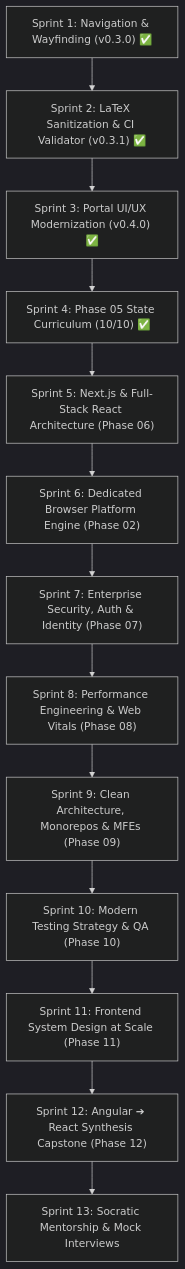
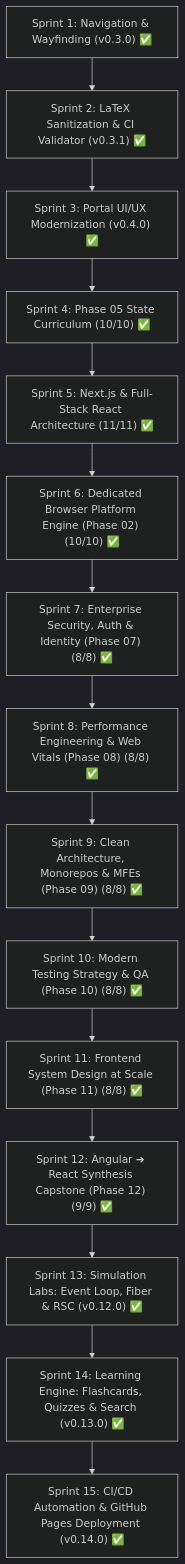
One commit to adarshsince90/react-interview-prep changed the diagram in docs/sdlc/sprint-plan.md. Above: the diagram before and after it, drawn with Mermaid (dark theme). The commit also changed other lines of this file and 161 other files, not shown here.

First line of the commit message:
feat(portal): complete curriculum v1.0, simulation labs, learning arena & CI/CD pipeline

````diff
--- a/docs/sdlc/sprint-plan.md
+++ b/docs/sdlc/sprint-plan.md
@@ -35,15 +35,17 @@
 ```mermaid
 flowchart TD
     S1["Sprint 1: Navigation & Wayfinding (v0.3.0) ✅"] --> S2["Sprint 2: LaTeX Sanitization & CI Validator (v0.3.1) ✅"]
     S2 --> S3["Sprint 3: Portal UI/UX Modernization (v0.4.0) ✅"]
     S3 --> S4["Sprint 4: Phase 05 State Curriculum (10/10) ✅"]
-    S4 --> S5["Sprint 5: Next.js & Full-Stack React Architecture (Phase 06)"]
-    S5 --> S6["Sprint 6: Dedicated Browser Platform Engine (Phase 02)"]
-    S6 --> S7["Sprint 7: Enterprise Security, Auth & Identity (Phase 07)"]
-    S7 --> S8["Sprint 8: Performance Engineering & Web Vitals (Phase 08)"]
-    S8 --> S9["Sprint 9: Clean Architecture, Monorepos & MFEs (Phase 09)"]
-    S9 --> S10["Sprint 10: Modern Testing Strategy & QA (Phase 10)"]
-    S10 --> S11["Sprint 11: Frontend System Design at Scale (Phase 11)"]
-    S11 --> S12["Sprint 12: Angular ➔ React Synthesis Capstone (Phase 12)"]
-    S12 --> S13["Sprint 13: Socratic Mentorship & Mock Interviews"]
+    S4 --> S5["Sprint 5: Next.js & Full-Stack React Architecture (11/11) ✅"]
+    S5 --> S6["Sprint 6: Dedicated Browser Platform Engine (Phase 02) (10/10) ✅"]
+    S6 --> S7["Sprint 7: Enterprise Security, Auth & Identity (Phase 07) (8/8) ✅"]
+    S7 --> S8["Sprint 8: Performance Engineering & Web Vitals (Phase 08) (8/8) ✅"]
+    S8 --> S9["Sprint 9: Clean Architecture, Monorepos & MFEs (Phase 09) (8/8) ✅"]
+    S9 --> S10["Sprint 10: Modern Testing Strategy & QA (Phase 10) (8/8) ✅"]
+    S10 --> S11["Sprint 11: Frontend System Design at Scale (Phase 11) (8/8) ✅"]
+    S11 --> S12["Sprint 12: Angular ➔ React Synthesis Capstone (Phase 12) (9/9) ✅"]
+    S12 --> S13["Sprint 13: Simulation Labs: Event Loop, Fiber & RSC (v0.12.0) ✅"]
+    S13 --> S14["Sprint 14: Learning Engine: Flashcards, Quizzes & Search (v0.13.0) ✅"]
+    S14 --> S15["Sprint 15: CI/CD Automation & GitHub Pages Deployment (v0.14.0) ✅"]
 ```
````
